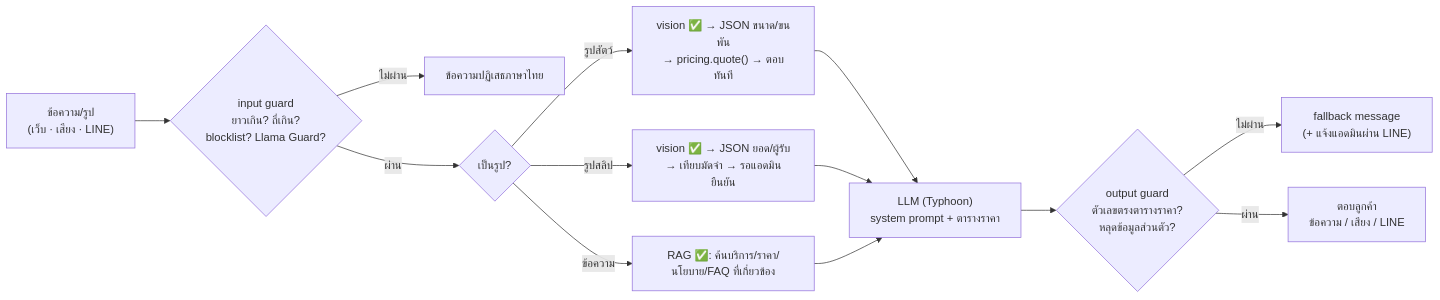
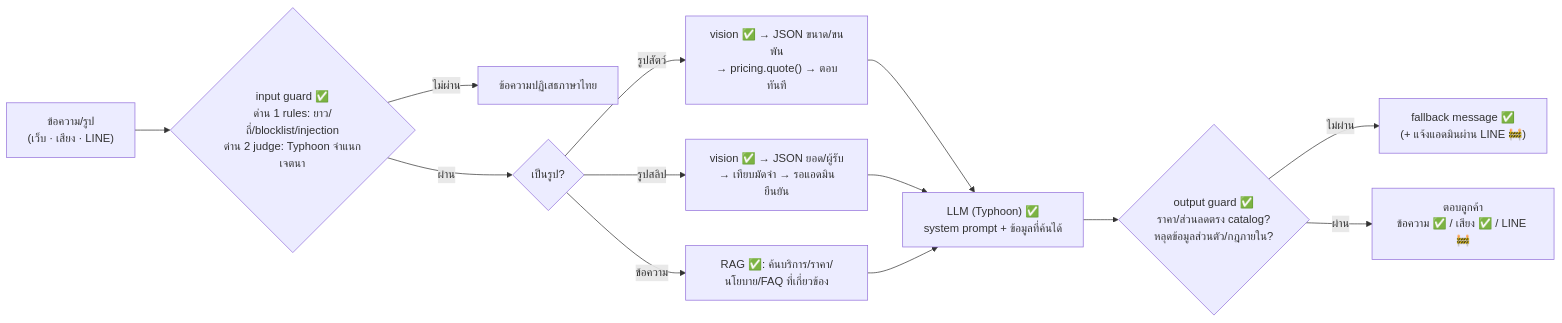
Before and after one commit to Myname30275/Project-chatbot: the third of 3 diagrams in docs/system-architecture.md, drawn with Mermaid. The commit also changed other lines of this file and 1 other file, not shown here.

First line of the commit message:
Update architecture doc and README for the new UI

````diff
--- a/docs/system-architecture.md
+++ b/docs/system-architecture.md
@@ -177,15 +180,15 @@
 ```mermaid
 flowchart LR
-    M["ข้อความ/รูป<br/>(เว็บ · เสียง · LINE)"] --> G1{"input guard<br/>ยาวเกิน? ถี่เกิน?<br/>blocklist? Llama Guard?"}
+    M["ข้อความ/รูป<br/>(เว็บ · เสียง · LINE)"] --> G1{"input guard ✅<br/>ด่าน 1 rules: ยาว/ถี่/blocklist/injection<br/>ด่าน 2 judge: Typhoon จำแนกเจตนา"}
     G1 -- ไม่ผ่าน --> R1["ข้อความปฏิเสธภาษาไทย"]
     G1 -- ผ่าน --> K{"เป็นรูป?"}
     K -- รูปสัตว์ --> P["vision ✅ → JSON ขนาด/ขนพัน<br/>→ pricing.quote() → ตอบทันที"]
     K -- รูปสลิป --> S["vision ✅ → JSON ยอด/ผู้รับ<br/>→ เทียบมัดจำ → รอแอดมินยืนยัน"]
     K -- ข้อความ --> Q["RAG ✅: ค้นบริการ/ราคา/นโยบาย/FAQ ที่เกี่ยวข้อง"]
-    P --> L["LLM (Typhoon)<br/>system prompt + ตารางราคา"]
+    P --> L["LLM (Typhoon) ✅<br/>system prompt + ข้อมูลที่ค้นได้"]
     S --> L
     Q --> L
-    L --> G2{"output guard<br/>ตัวเลขตรงตารางราคา?<br/>หลุดข้อมูลส่วนตัว?"}
-    G2 -- ไม่ผ่าน --> R2["fallback message<br/>(+ แจ้งแอดมินผ่าน LINE)"]
-    G2 -- ผ่าน --> OUT["ตอบลูกค้า<br/>ข้อความ / เสียง / LINE"]
+    L --> G2{"output guard ✅<br/>ราคา/ส่วนลดตรง catalog?<br/>หลุดข้อมูลส่วนตัว/กฎภายใน?"}
+    G2 -- ไม่ผ่าน --> R2["fallback message ✅<br/>(+ แจ้งแอดมินผ่าน LINE 🚧)"]
+    G2 -- ผ่าน --> OUT["ตอบลูกค้า<br/>ข้อความ ✅ / เสียง ✅ / LINE 🚧"]
 ```
````
